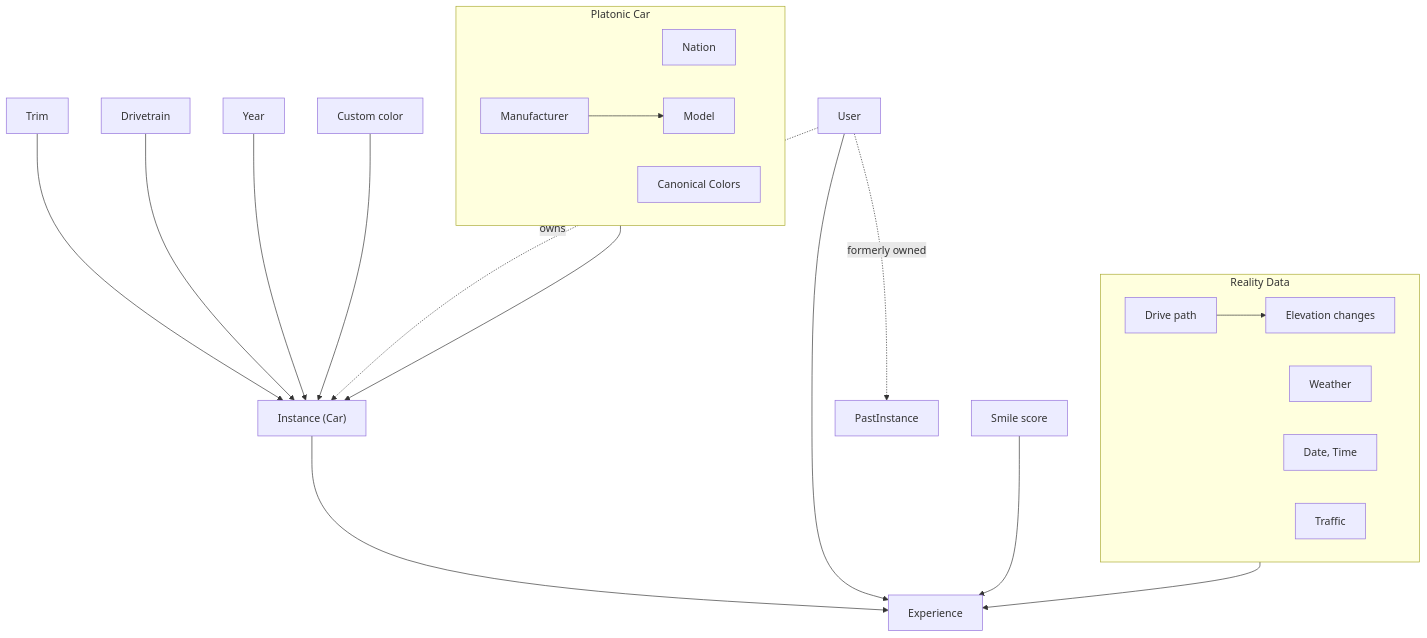
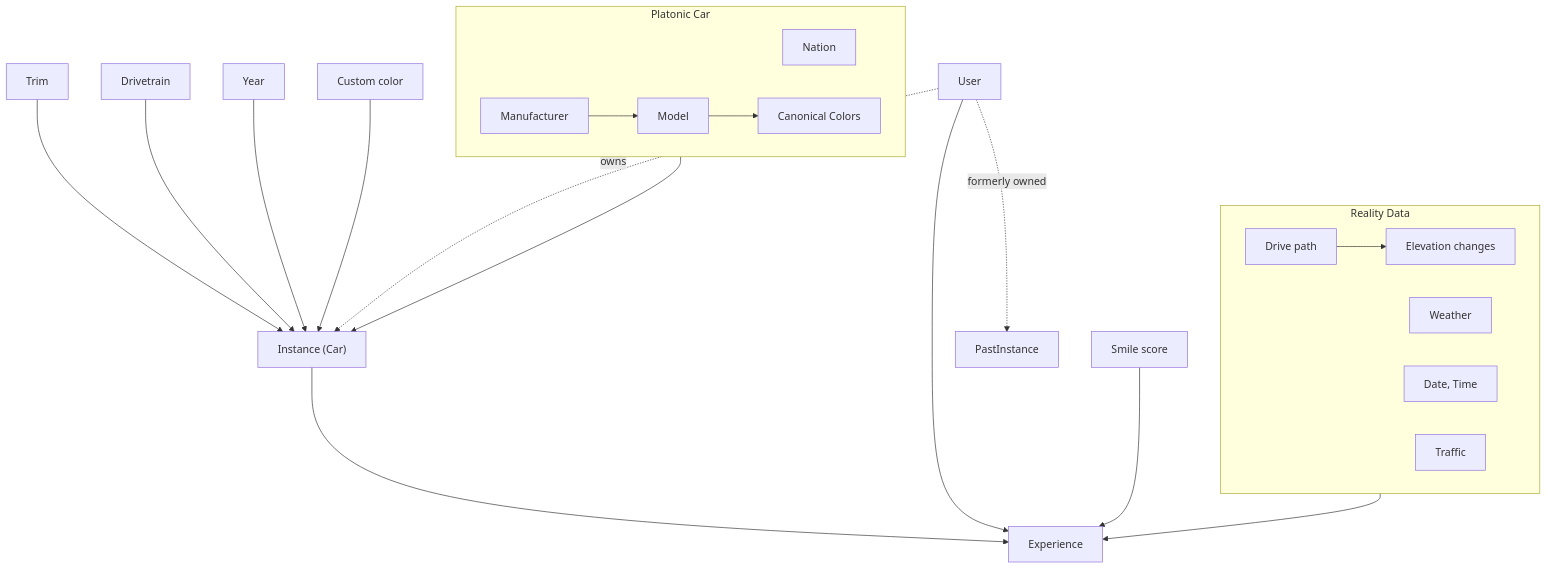
Before and after one commit to UUeird/dyno: the diagram in docs/product.md, drawn with Mermaid.

Commit message:
Add Model to Canonical Colors link in product flow chart

````diff
--- a/docs/product.md
+++ b/docs/product.md
@@ -7,25 +7,25 @@
 ```mermaid
 flowchart TD
     subgraph PlatonicCar["Platonic Car"]
         Nation
         Manufacturer --> Model
-        CanonicalColors["Canonical Colors"]
+        Model --> CanonicalColors["Canonical Colors"]
     end
     PlatonicCar --> Instance["Instance (Car)"] --> Experience
     Trim --> Instance
     Drivetrain --> Instance
     Year --> Instance
     User --> Experience
     CustomColor["Custom color"] --> Instance
     User -. owns .-> Instance
     User -. formerly owned .-> PastInstance
     SmileScore["Smile score"] --> Experience
 
     subgraph RealityData["Reality Data"]
         DrivePath["Drive path"] --> Elevation["Elevation changes"]
         Weather
         DateTime["Date, Time"]
         Traffic
     end
     RealityData --> Experience
 ```
````
